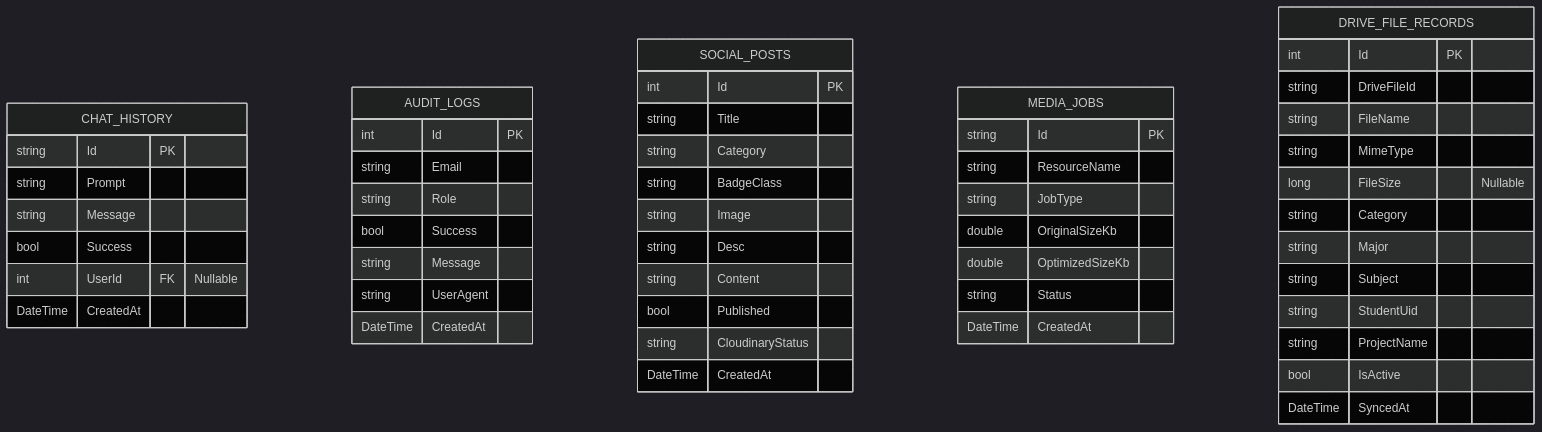
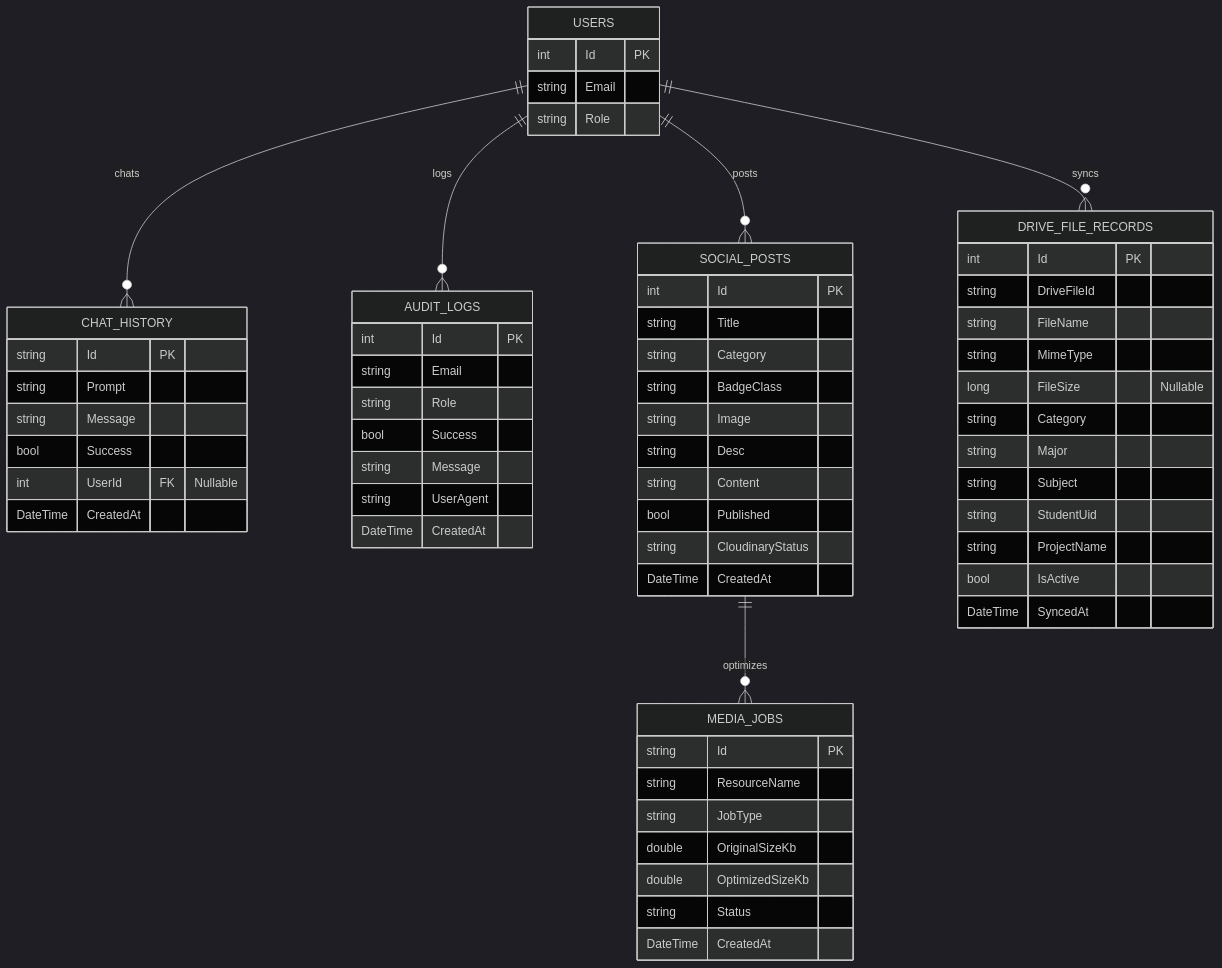
One commit to phucnguyen2716/Thesis-Management changed the second of 4 diagrams in README.md. Above: the diagram before and after it, drawn with Mermaid (dark theme).

Commit message:
docs: add USERS hub and relationships to Supplementary ERD diagram to fix rendering

````diff
--- a/README.md
+++ b/README.md
@@ -525,55 +525,66 @@
 ```mermaid
 erDiagram
+    USERS {
+        int Id PK
+        string Email
+        string Role
+    }
     CHAT_HISTORY {
         string Id PK
         string Prompt
         string Message
         bool Success
         int UserId FK "Nullable"
         DateTime CreatedAt
     }
     AUDIT_LOGS {
         int Id PK
         string Email
         string Role
         bool Success
         string Message
         string UserAgent
         DateTime CreatedAt
     }
     SOCIAL_POSTS {
         int Id PK
         string Title
         string Category
         string BadgeClass
         string Image
         string Desc
         string Content
         bool Published
         string CloudinaryStatus
         DateTime CreatedAt
     }
     MEDIA_JOBS {
         string Id PK
         string ResourceName
         string JobType
         double OriginalSizeKb
         double OptimizedSizeKb
         string Status
         DateTime CreatedAt
     }
     DRIVE_FILE_RECORDS {
         int Id PK
         string DriveFileId
         string FileName
         string MimeType
         long FileSize "Nullable"
         string Category
         string Major
         string Subject
         string StudentUid
         string ProjectName
         bool IsActive
         DateTime SyncedAt
     }
+
+    USERS ||--o{ CHAT_HISTORY : "chats"
+    USERS ||--o{ AUDIT_LOGS : "logs"
+    USERS ||--o{ SOCIAL_POSTS : "posts"
+    SOCIAL_POSTS ||--o{ MEDIA_JOBS : "optimizes"
+    USERS ||--o{ DRIVE_FILE_RECORDS : "syncs"
 ```
````
